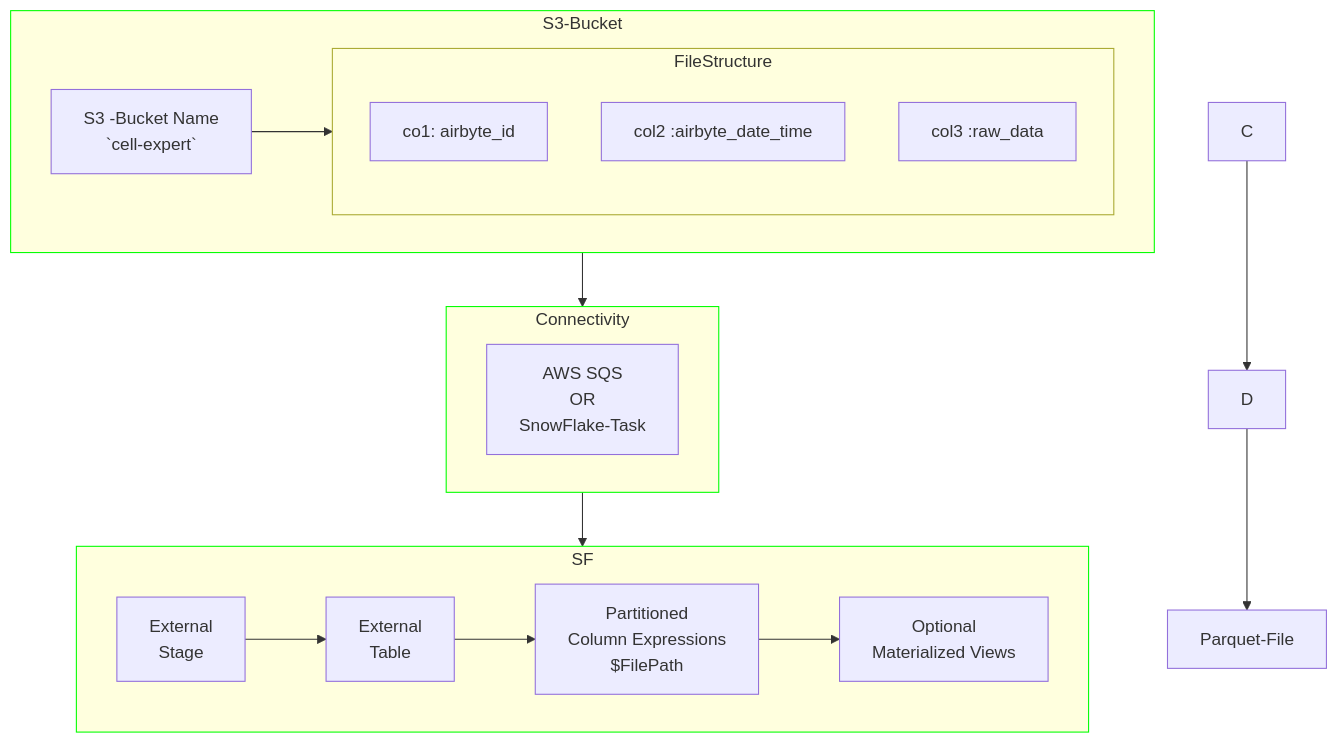
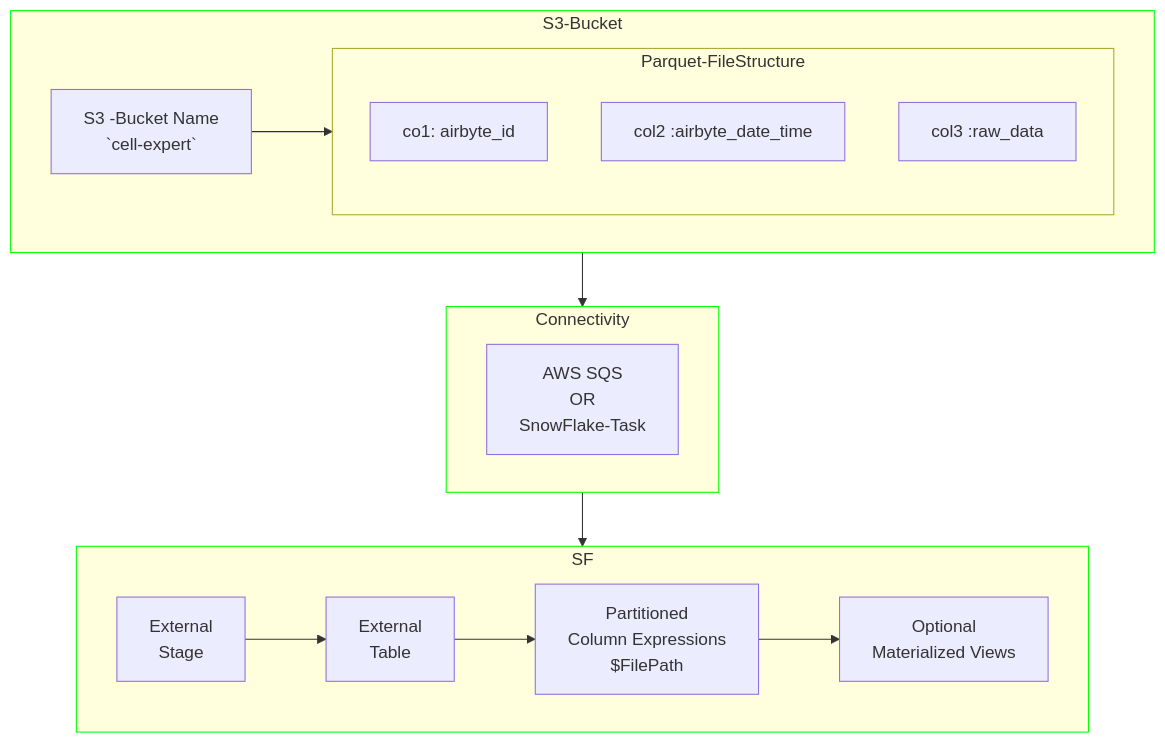
Before and after one commit to peddadap/design_templates: the third of 10 diagrams in README.md, drawn with Mermaid.

Commit message:
snowflake fixes

````diff
--- a/README.md
+++ b/README.md
@@ -151,32 +151,30 @@
 ```mermaid
 flowchart
     subgraph S3-Bucket
         A[S3 -Bucket Name \n `cell-expert`]
-        subgraph FileStructure
+        subgraph Parquet-FileStructure
             Col1[co1: airbyte_id]
             Col2[col2 :airbyte_date_time]
             Col3[col3 :raw_data]
         end
     end
     subgraph Connectivity
         X[AWS SQS \n OR \n  SnowFlake-Task]
     end
 
     subgraph SF
         1[External \n Stage]
         2[External \n Table]
         3[ Partitioned \n Column Expressions \n $FilePath]
         4[Optional \n Materialized Views]
     end
     classDef module stroke:#0f0
-    A--> FileStructure
-    C-->D
-    D-->Parquet-File
+    A--> Parquet-FileStructure
     1-->2
     2-->3
     3-->4
     S3-Bucket-->Connectivity
     Connectivity-->SF
     class S3-Bucket,Connectivity,SF module
 
 ```
````
